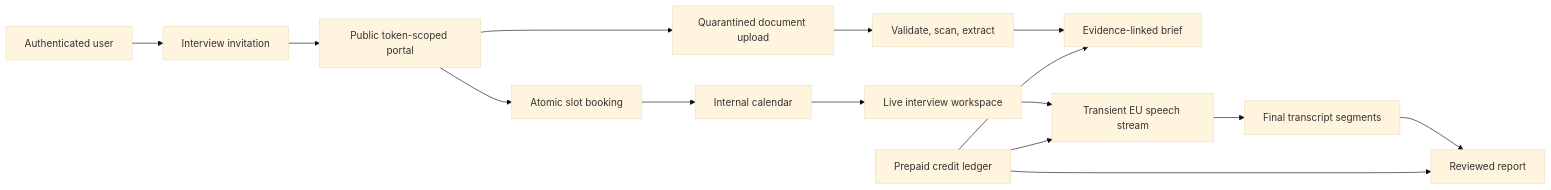
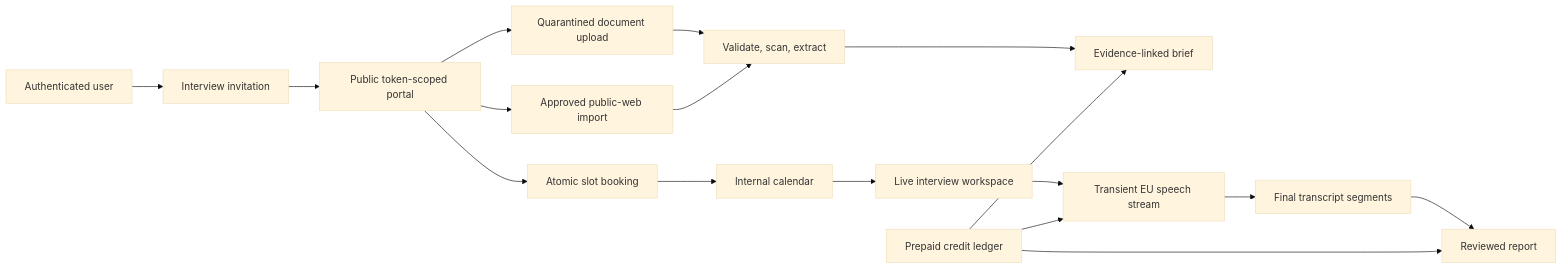
One commit to eddremonts86/builderhunt changed the diagram in plans/calendar-scheduling-interview-intelligence/spec.md. Above: the diagram before and after it, drawn with Mermaid (base theme). The commit also changed other lines of this file and 3 other files, not shown here.

````diff
--- a/plans/calendar-scheduling-interview-intelligence/spec.md
+++ b/plans/calendar-scheduling-interview-intelligence/spec.md
@@ -116,17 +128,19 @@
 ```mermaid
 flowchart LR
     U[Authenticated user] --> I[Interview invitation]
     I --> P[Public token-scoped portal]
     P --> B[Atomic slot booking]
     P --> Q[Quarantined document upload]
+    P --> X[Approved public-web import]
     B --> C[Internal calendar]
     Q --> D[Validate, scan, extract]
+    X --> D
     D --> R[Evidence-linked brief]
     C --> L[Live interview workspace]
     L --> T[Transient EU speech stream]
     T --> S[Final transcript segments]
     S --> F[Reviewed report]
     W[Prepaid credit ledger] --> R
     W --> T
     W --> F
 ```
````
